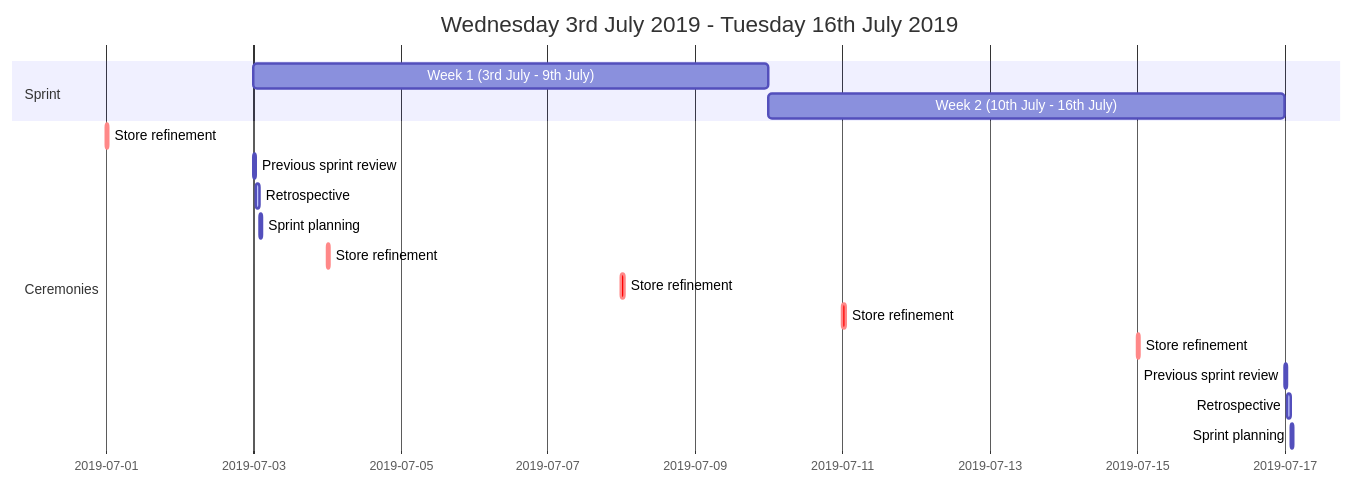
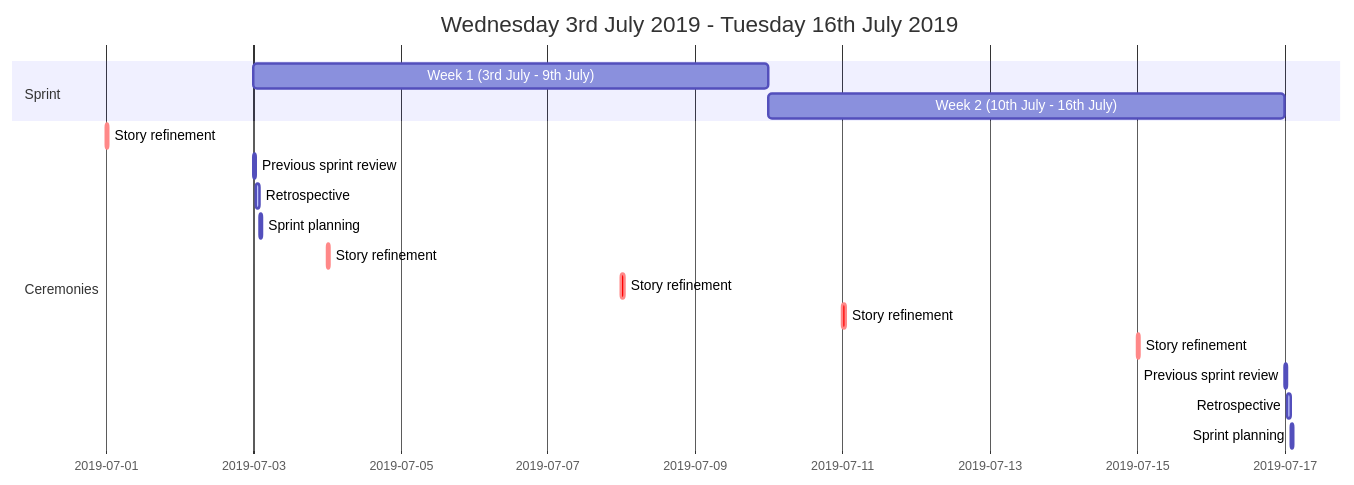
The diagram in _posts/2019-08-03-agile-diary.md (ianpowell2017/ianpowell2017.github.io), drawn with Mermaid before and after one commit.

````diff
--- a/_posts/2019-08-03-agile-diary.md
+++ b/_posts/2019-08-03-agile-diary.md
@@ -11,23 +11,23 @@
 ```mermaid
 gantt
     title Wednesday 3rd July 2019 - Tuesday 16th July 2019
 
     section Sprint
     Week 1 (3rd July - 9th July)    :a1, 2019-07-03, 1w
     Week 2 (10th July - 16th July)  :b1, 2019-07-10, 1w
 
     section Ceremonies
-    Store refinement        :crit, st1, 2019-07-01, 1h
+    Story refinement        :crit, st1, 2019-07-01, 1h
     Previous sprint review  :active, sprintreview1, 2019-07-03, 1h
     Retrospective           :active, retrospective1, after sprintreview1, 1h
     Sprint planning         :active, sprintplanning1, after retrospective1, 1h
-    Store refinement        :crit, st2, 2019-07-04, 1h
+    Story refinement        :crit, st2, 2019-07-04, 1h
 
-    Store refinement        :crit, st3, 2019-07-08, 1h
-    Store refinement        :crit, st4, 2019-07-11, 1h
-    Store refinement        :crit, st4, 2019-07-15, 1h
+    Story refinement        :crit, st3, 2019-07-08, 1h
+    Story refinement        :crit, st4, 2019-07-11, 1h
+    Story refinement        :crit, st4, 2019-07-15, 1h
 
     Previous sprint review  :active, sprintreview2, 2019-07-17, 1h    
     Retrospective           :active, retrospective2, after sprintreview2, 1h    
     Sprint planning         :active, sprintplanning2, after retrospective2, 1h
 ```
````
